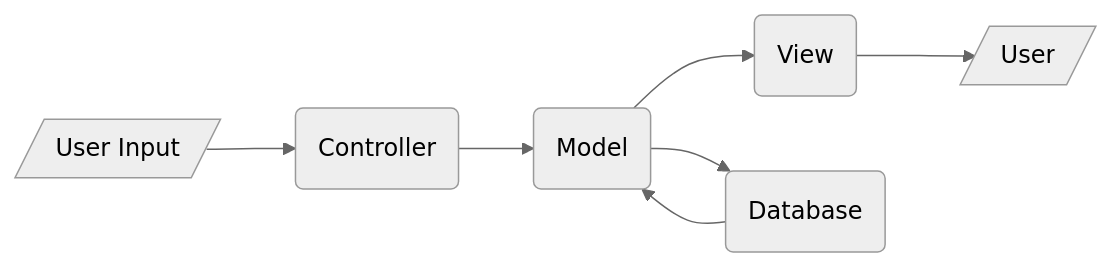
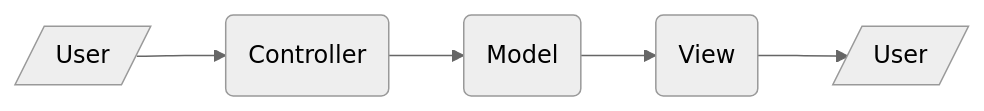
The first of 2 diagrams in programming/python/django.md (chensk1999/note), drawn with Mermaid (neutral theme) before and after one commit. The commit also changed other lines of this file and 6 other files, not shown here.

````diff
--- a/programming/python/django.md
+++ b/programming/python/django.md
@@ -41,7 +26,7 @@
 ```mermaid
 graph LR
-  1[/User Input/] --> C(Controller) --> M(Model) --> V(View) -->5[/User/]
-  DB(Database)
-  M --> DB
-  DB -->M
+  1[/User/] --> C(Controller) 
+  C --> M(Model)
+  M --> V(View)
+  V --> 2[/User/]
 ```
````
